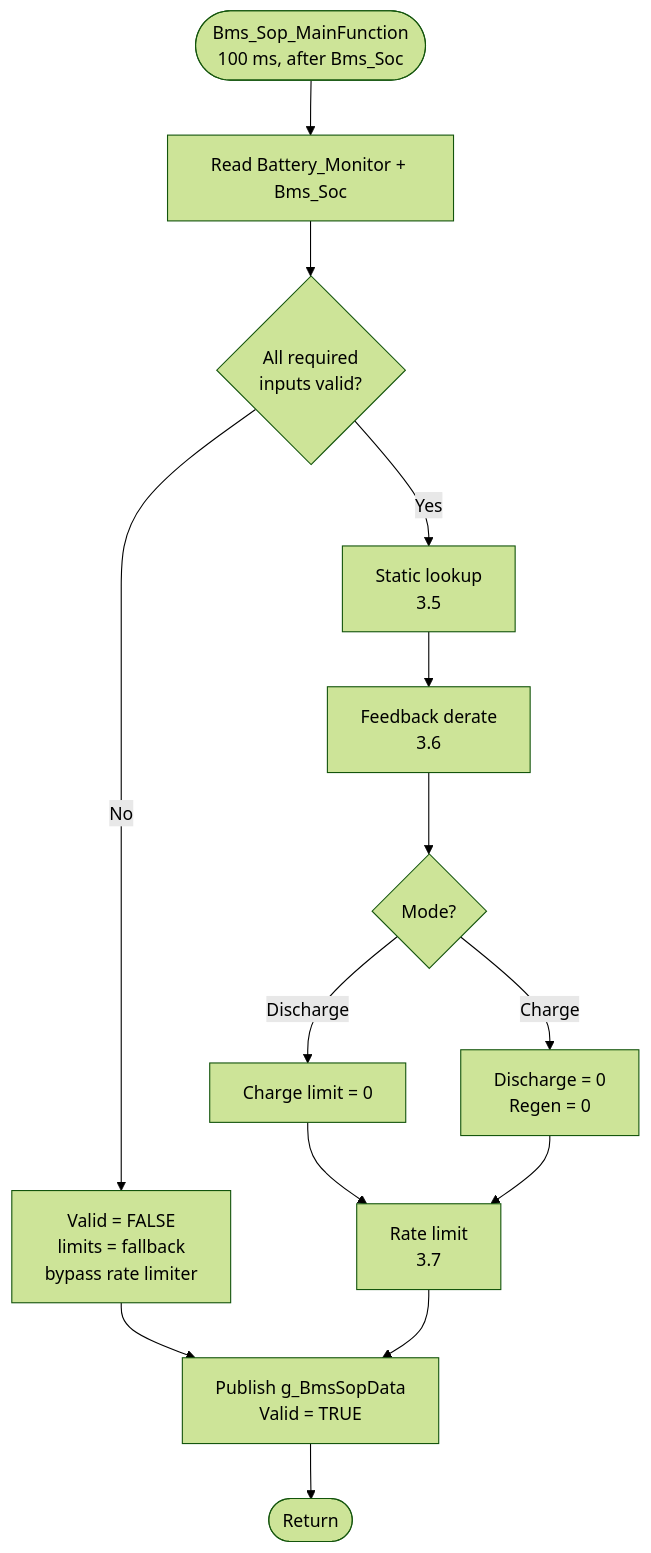
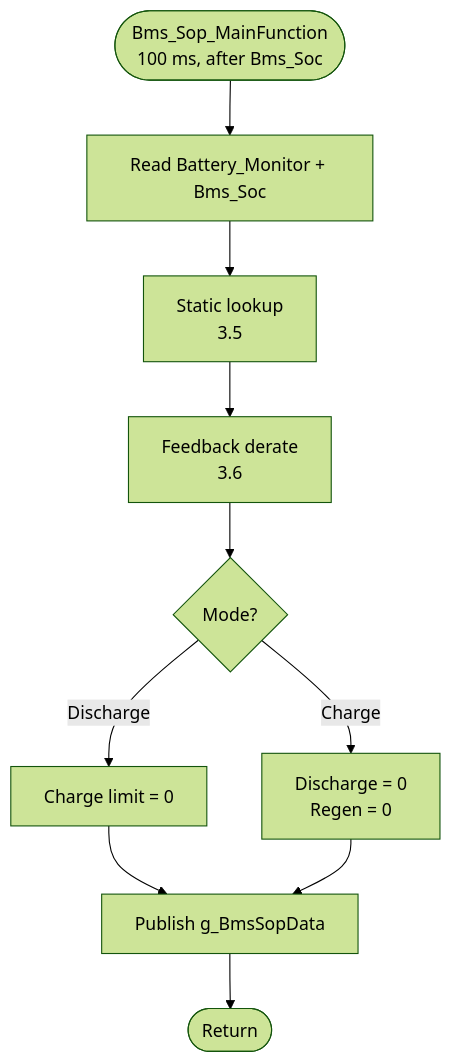
One commit to jsivolt/BMS_demo changed the fifth of 6 diagrams in src/battery/SOP_DESIGN.md. Above: the diagram before and after it, drawn with Mermaid (forest theme). The commit also changed other lines of this file, not shown here.

````diff
--- a/src/battery/SOP_DESIGN.md
+++ b/src/battery/SOP_DESIGN.md
@@ -453,18 +430,12 @@
 ```mermaid
 flowchart TD
     START(["Bms_Sop_MainFunction<br/>100 ms, after Bms_Soc"]) --> INPUTS["Read Battery_Monitor + Bms_Soc"]
-    INPUTS --> VALID{"All required<br/>inputs valid?"}
-
-    VALID -->|"No"| FALLBACK["Valid = FALSE<br/>limits = fallback<br/>bypass rate limiter"]
-    FALLBACK --> PUB
-
-    VALID -->|"Yes"| STATIC["Static lookup<br/>3.5"]
+    INPUTS --> STATIC["Static lookup<br/>3.5"]
     STATIC --> DER["Feedback derate<br/>3.6"]
     DER --> MODE{"Mode?"}
     MODE -->|"Discharge"| DISCH["Charge limit = 0"]
     MODE -->|"Charge"| CHG["Discharge = 0<br/>Regen = 0"]
-    DISCH --> SLEW["Rate limit<br/>3.7"]
-    CHG --> SLEW
-    SLEW --> PUB["Publish g_BmsSopData<br/>Valid = TRUE"]
+    DISCH --> PUB["Publish g_BmsSopData"]
+    CHG --> PUB
     PUB --> DONE(["Return"])
 ```
````
